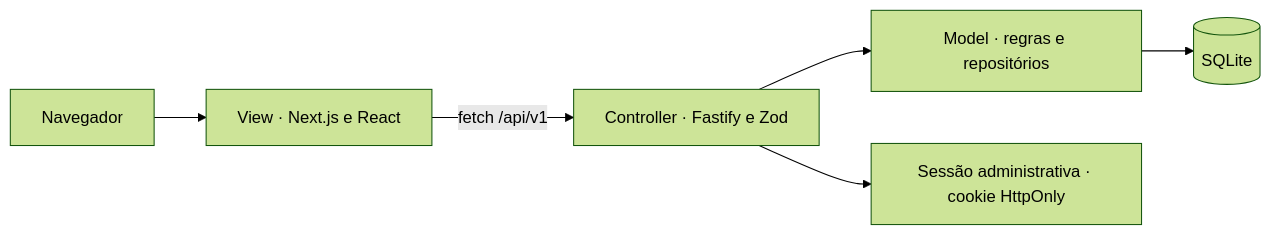
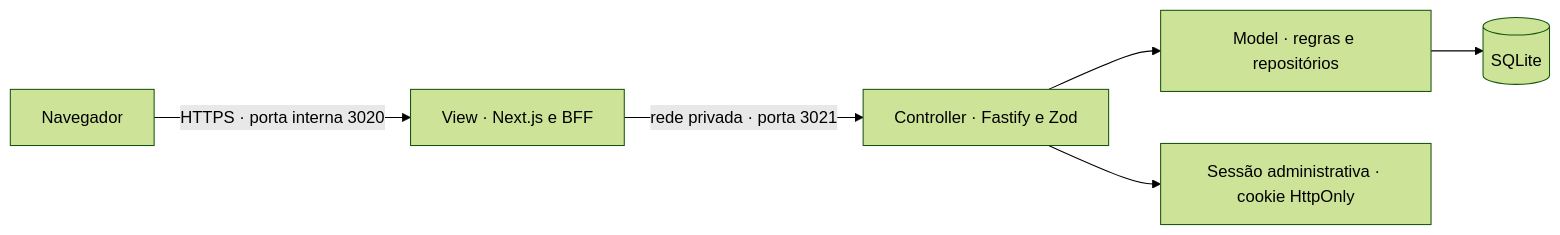
One commit to juliohdsv/cupcake-store-university changed the diagram in README.md. Above: the diagram before and after it, drawn with Mermaid (forest theme). The commit also changed other lines of this file and 14 other files, not shown here.

Commit message:
feat: isolate Fastify behind Next BFF for Coolify

````diff
--- a/README.md
+++ b/README.md
@@ -18,8 +18,8 @@
 ```mermaid
 flowchart LR
-    Cliente["Navegador"] --> View["View · Next.js e React"]
-    View -->|"fetch /api/v1"| Controller["Controller · Fastify e Zod"]
+    Cliente["Navegador"] -->|"HTTPS · porta interna 3020"| View["View · Next.js e BFF"]
+    View -->|"rede privada · porta 3021"| Controller["Controller · Fastify e Zod"]
     Controller --> Model["Model · regras e repositórios"]
     Model --> Banco[("SQLite")]
     Controller --> Sessao["Sessão administrativa · cookie HttpOnly"]
 ```
````
